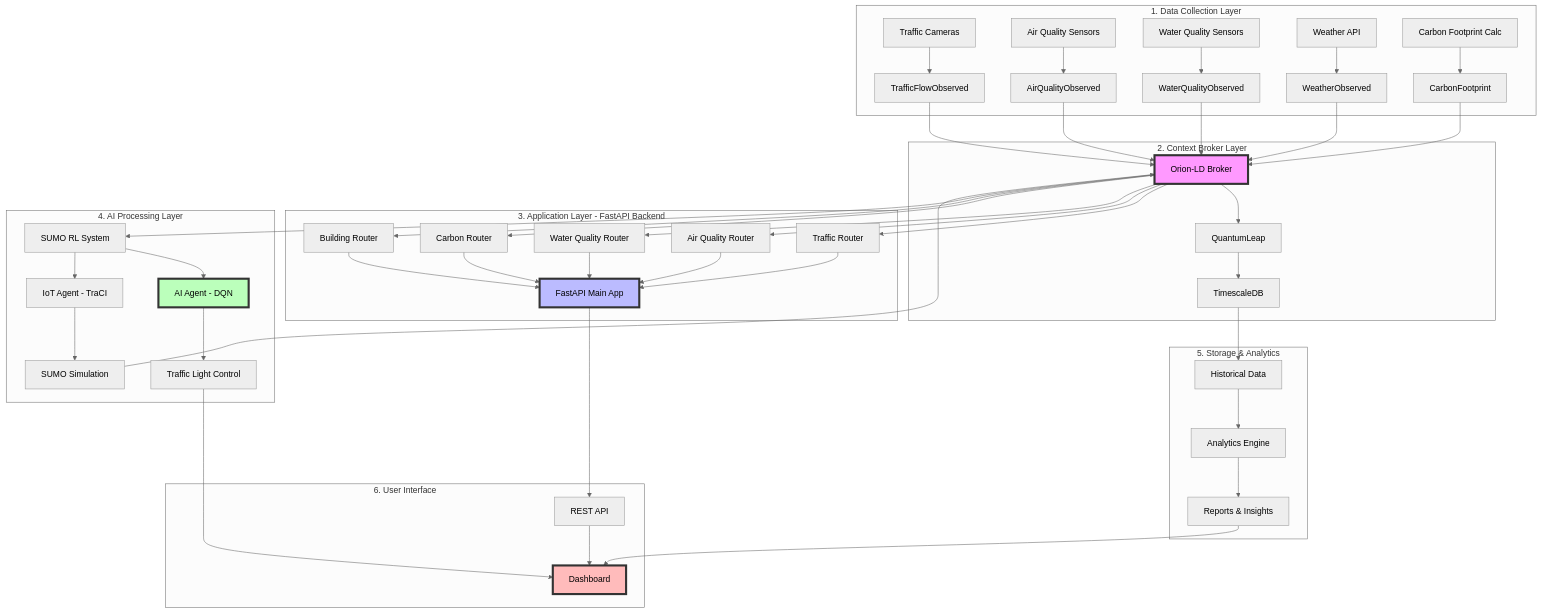
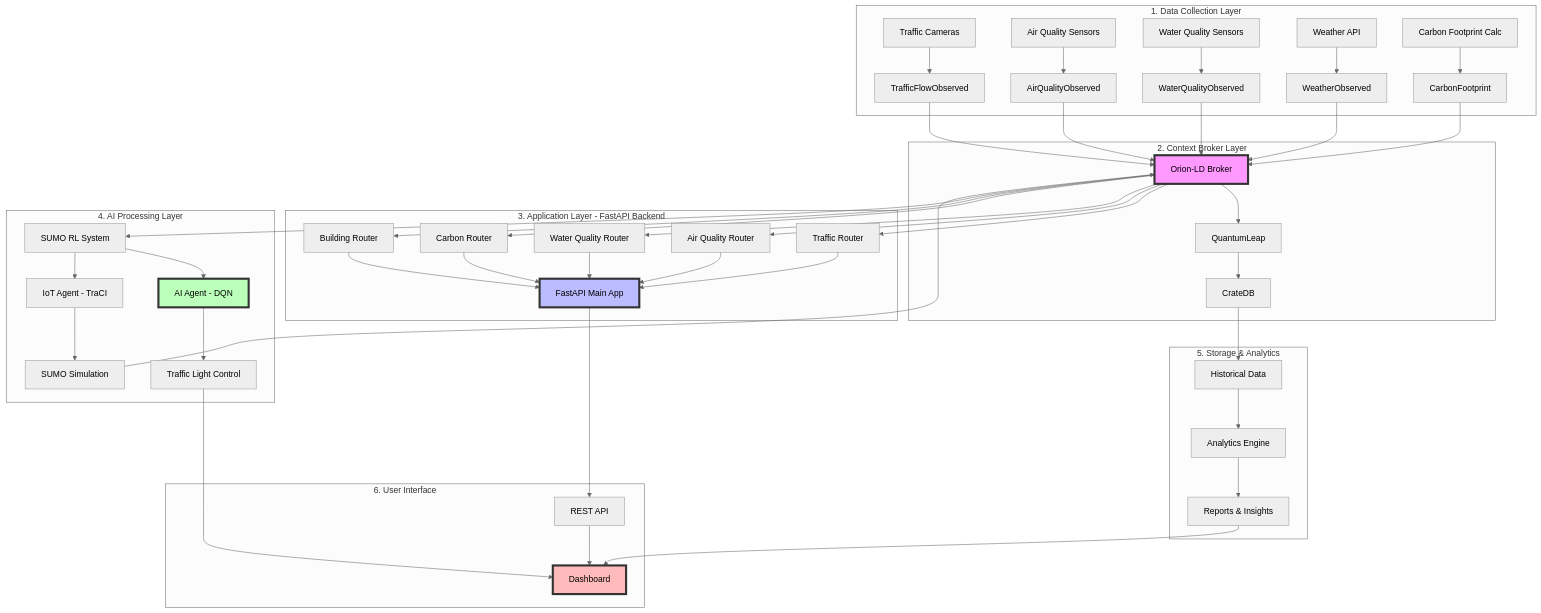
Before and after one commit to sonmessia/OLP_2025: the diagram in docs-site/docs/green_wave_ai/ARCHITECTURE_PIPELINE.md, drawn with Mermaid (neutral theme). The commit also changed other lines of this file and 42 other files, not shown here.

````diff
--- a/docs-site/docs/green_wave_ai/ARCHITECTURE_PIPELINE.md
+++ b/docs-site/docs/green_wave_ai/ARCHITECTURE_PIPELINE.md
@@ -36,61 +36,61 @@
 ```mermaid
 graph TB
     subgraph "1. Data Collection Layer"
         A1[Traffic Cameras] --> B1[TrafficFlowObserved]
         A2[Air Quality Sensors] --> B2[AirQualityObserved]
         A3[Water Quality Sensors] --> B3[WaterQualityObserved]
         A4[Weather API] --> B4[WeatherObserved]
         A5[Carbon Footprint Calc] --> B5[CarbonFootprint]
     end
 
     subgraph "2. Context Broker Layer"
         B1 --> C[Orion-LD Broker]
         B2 --> C
         B3 --> C
         B4 --> C
         B5 --> C
         C --> D[QuantumLeap]
-        D --> E[TimescaleDB]
+        D --> E[CrateDB]
     end
 
     subgraph "3. Application Layer - FastAPI Backend"
         C --> F1[Traffic Router]
         C --> F2[Air Quality Router]
         C --> F3[Water Quality Router]
         C --> F4[Carbon Router]
         C --> F5[Building Router]
         
         F1 --> G[FastAPI Main App]
         F2 --> G
         F3 --> G
         F4 --> G
         F5 --> G
     end
 
     subgraph "4. AI Processing Layer"
         C --> H[SUMO RL System]
         H --> H1[AI Agent - DQN]
         H --> H2[IoT Agent - TraCI]
         H1 --> I[Traffic Light Control]
         H2 --> J[SUMO Simulation]
         J --> C
     end
 
     subgraph "5. Storage & Analytics"
         E --> K[Historical Data]
         K --> L[Analytics Engine]
         L --> M[Reports & Insights]
     end
 
     subgraph "6. User Interface"
         G --> N[REST API]
         N --> O[Dashboard]
         M --> O
         I --> O
     end
 
     style C fill:#f9f,stroke:#333,stroke-width:4px
     style G fill:#bbf,stroke:#333,stroke-width:4px
     style H1 fill:#bfb,stroke:#333,stroke-width:4px
     style O fill:#fbb,stroke:#333,stroke-width:4px
 ```
````
